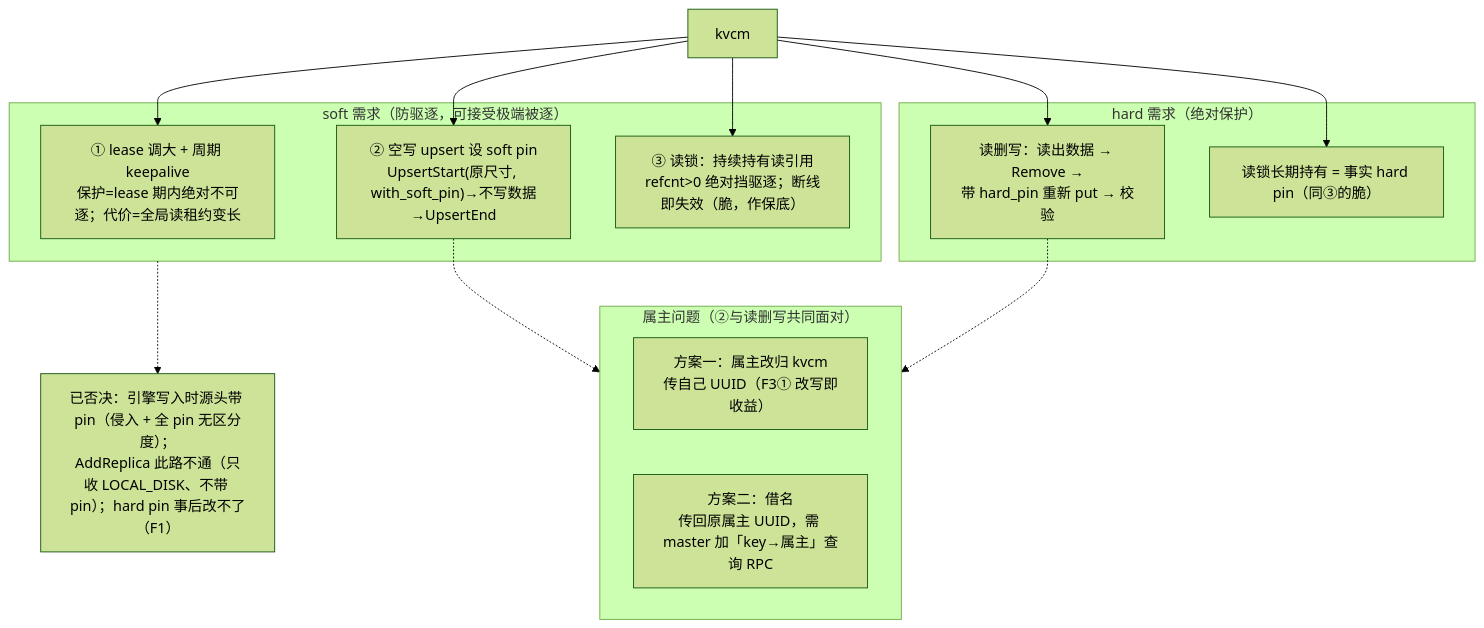
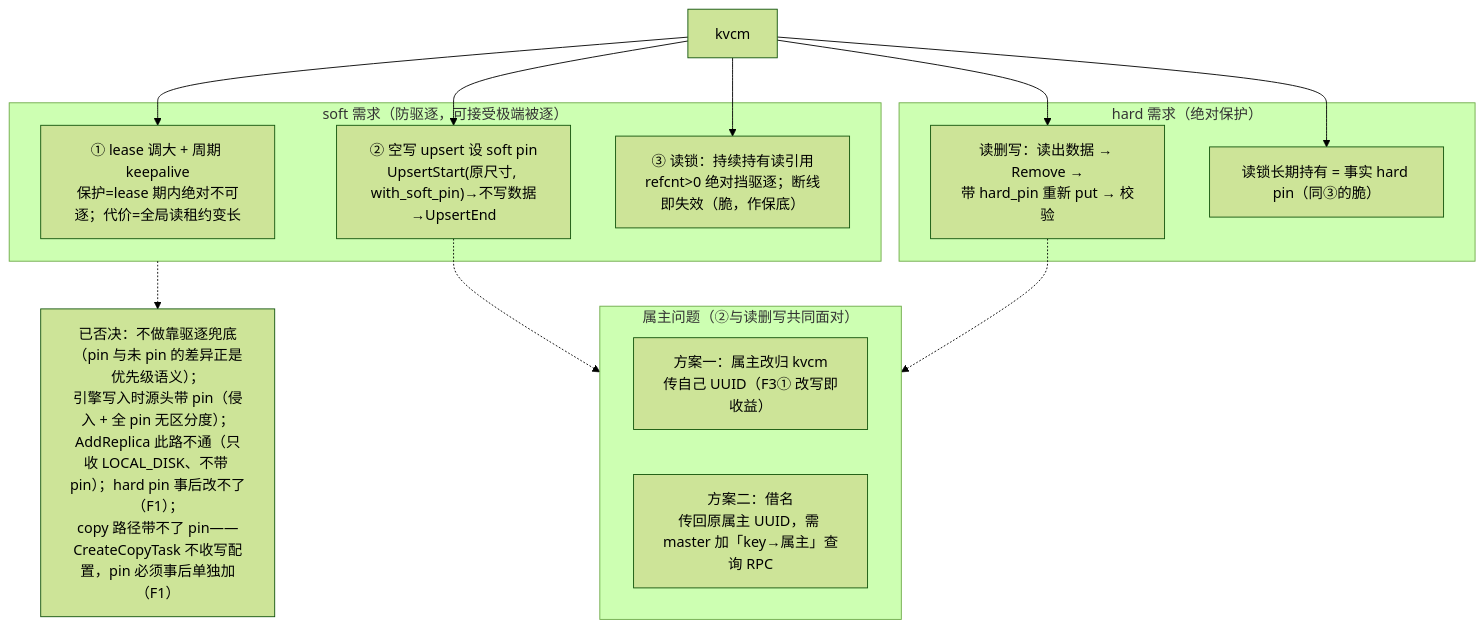
Before and after one commit to 5x8-40/lake: the fifth of 10 diagrams in kvcm/D2-kv-operations.md, drawn with Mermaid (forest theme). The commit also changed other lines of this file, not shown here.

First line of the commit message:
docs(kvcm): 图解补全最后六处遗漏——全方案覆盖收尾

````diff
--- a/kvcm/D2-kv-operations.md
+++ b/kvcm/D2-kv-operations.md
@@ -340,23 +344,23 @@
 ```mermaid
 flowchart TB
     K["kvcm"]
     subgraph SOFT["soft 需求（防驱逐，可接受极端被逐）"]
         S1["① lease 调大 + 周期 keepalive<br/>保护=lease 期内绝对不可逐；代价=全局读租约变长"]
         S2["② 空写 upsert 设 soft pin<br/>UpsertStart(原尺寸, with_soft_pin)→不写数据→UpsertEnd"]
         S3["③ 读锁：持续持有读引用<br/>refcnt>0 绝对挡驱逐；断线即失效（脆，作保底）"]
     end
     subgraph HARD["hard 需求（绝对保护）"]
         H1["读删写：读出数据 → Remove →<br/>带 hard_pin 重新 put → 校验"]
         H2["读锁长期持有 = 事实 hard pin（同③的脆）"]
     end
     subgraph OWN["属主问题（②与读删写共同面对）"]
         O1["方案一：属主改归 kvcm<br/>传自己 UUID（F3① 改写即收益）"]
         O2["方案二：借名<br/>传回原属主 UUID，需 master 加「key→属主」查询 RPC"]
     end
     K --> S1 & S2 & S3
     K --> H1 & H2
     S2 -.-> OWN
     H1 -.-> OWN
-    N["已否决：引擎写入时源头带 pin（侵入 + 全 pin 无区分度）；<br/>AddReplica 此路不通（只收 LOCAL_DISK、不带 pin）；hard pin 事后改不了（F1）"]
+    N["已否决：不做靠驱逐兜底（pin 与未 pin 的差异正是优先级语义）；<br/>引擎写入时源头带 pin（侵入 + 全 pin 无区分度）；<br/>AddReplica 此路不通（只收 LOCAL_DISK、不带 pin）；hard pin 事后改不了（F1）；<br/>copy 路径带不了 pin——CreateCopyTask 不收写配置，pin 必须事后单独加（F1）"]
     SOFT -.-> N
 ```
````
